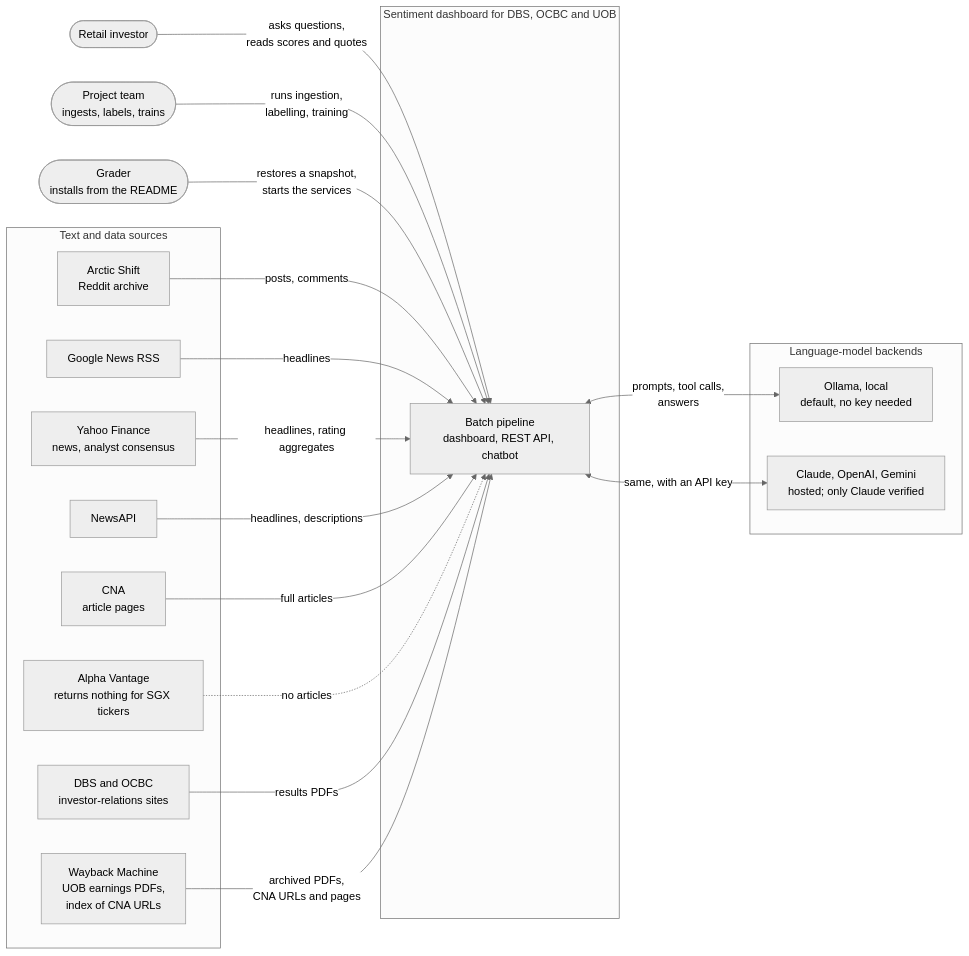
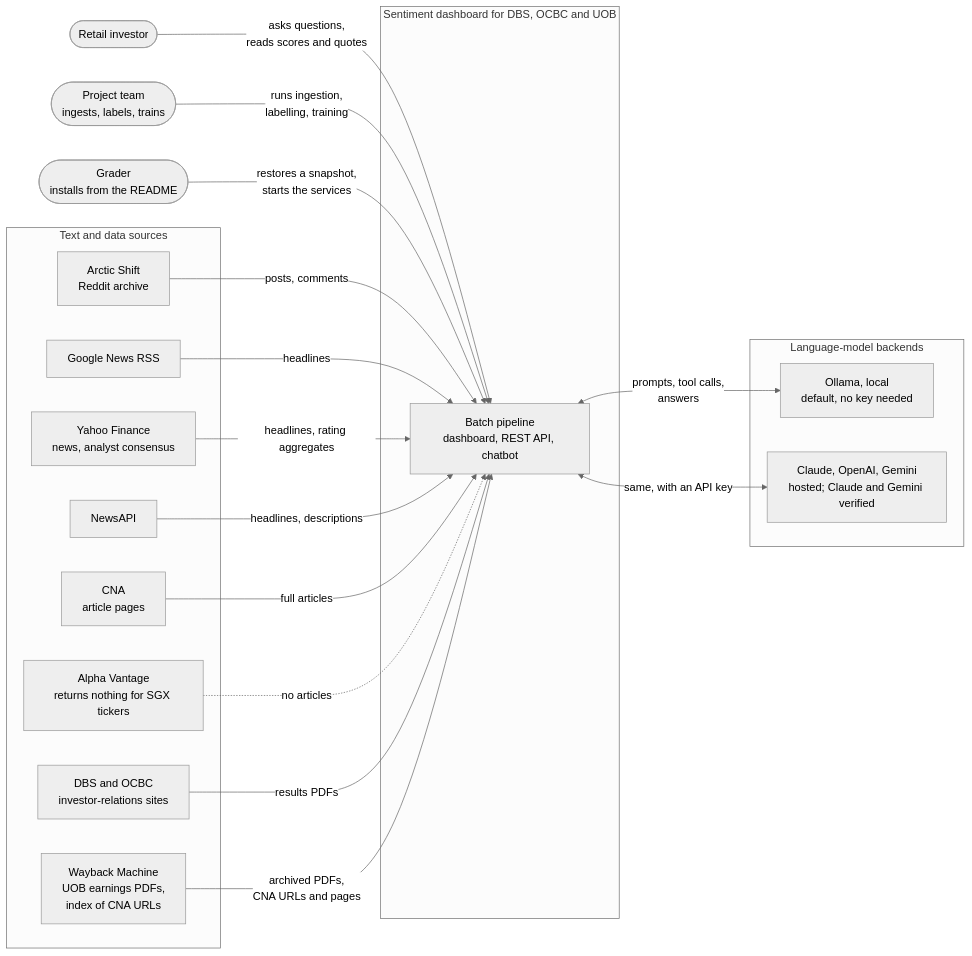
One commit to Gavingyh/plp-project changed the diagram in docs/diagrams/src/01-system-context.mmd. Above: the diagram before and after it, drawn with Mermaid (neutral theme). The commit also changed 17 other files, not shown here.

```diff
--- a/docs/diagrams/src/01-system-context.mmd
+++ b/docs/diagrams/src/01-system-context.mmd
@@ -1,43 +1,43 @@
 flowchart LR
   accTitle: System context
   accDescr: The sentiment system with its three kinds of user, its five text and data sources, and its four model backends.
 
   investor(["Retail investor"])
   team(["Project team<br/>ingests, labels, trains"])
   grader(["Grader<br/>installs from the README"])
 
   subgraph sys["Sentiment dashboard for DBS, OCBC and UOB"]
     core["Batch pipeline<br/>dashboard, REST API, chatbot"]
   end
 
   subgraph sources["Text and data sources"]
     reddit["Arctic Shift<br/>Reddit archive"]
     gnews["Google News RSS"]
     yahoo["Yahoo Finance<br/>news, analyst consensus"]
     newsapi["NewsAPI"]
     cna["CNA<br/>article pages"]
     av["Alpha Vantage<br/>returns nothing for SGX tickers"]
     ir["DBS and OCBC<br/>investor-relations sites"]
     wayback["Wayback Machine<br/>UOB earnings PDFs,<br/>index of CNA URLs"]
   end
 
   subgraph llms["Language-model backends"]
     ollama["Ollama, local<br/>default, no key needed"]
-    hosted["Claude, OpenAI, Gemini<br/>hosted; only Claude verified"]
+    hosted["Claude, OpenAI, Gemini<br/>hosted; Claude and Gemini verified"]
   end
 
   investor -- "asks questions,<br/>reads scores and quotes" --> core
   team -- "runs ingestion,<br/>labelling, training" --> core
   grader -- "restores a snapshot,<br/>starts the services" --> core
 
   reddit -- "posts, comments" --> core
   gnews -- "headlines" --> core
   yahoo -- "headlines, rating aggregates" --> core
   newsapi -- "headlines, descriptions" --> core
   cna -- "full articles" --> core
   av -. "no articles" .-> core
   ir -- "results PDFs" --> core
   wayback -- "archived PDFs,<br/>CNA URLs and pages" --> core
 
   core <-- "prompts, tool calls,<br/>answers" --> ollama
   core <-- "same, with an API key" --> hosted
```
